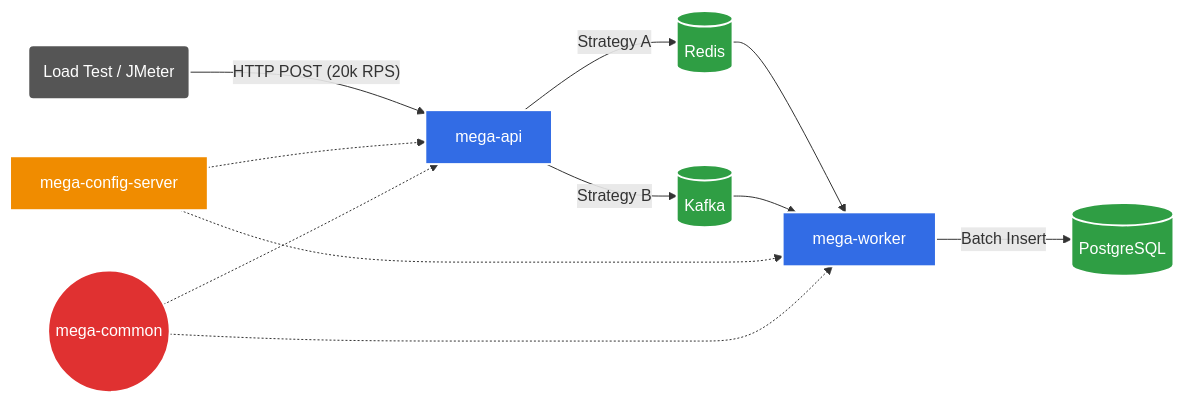
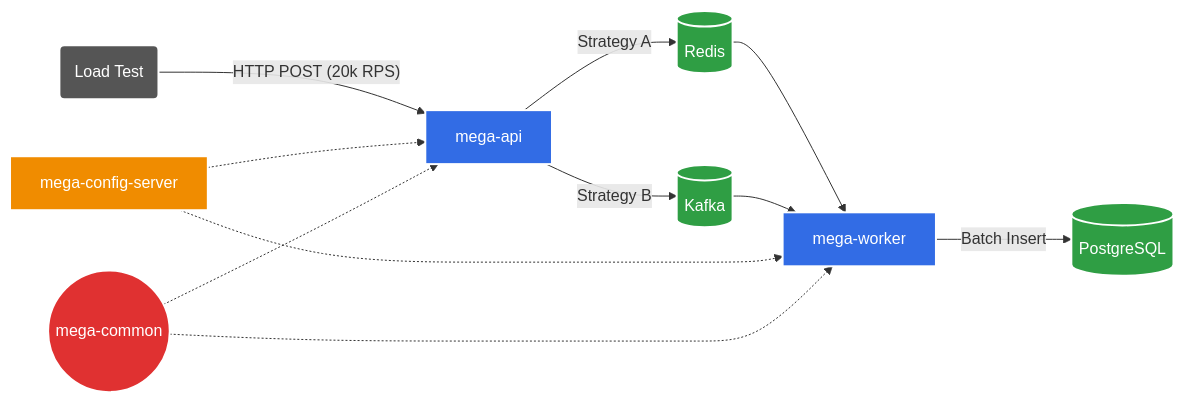
One commit to LeCo851/mega-da-virada-system changed the diagram in README.md. Above: the diagram before and after it, drawn with Mermaid.

Commit message:
feat: ajuste no README.md 2

````diff
--- a/README.md
+++ b/README.md
@@ -23,44 +23,44 @@
 ```mermaid
 flowchart LR
     %% Estilos (High Contrast para Dark/Light Mode)
     classDef service fill:#326ce5,stroke:#fff,stroke-width:2px,color:#fff;
     classDef infra fill:#f08c00,stroke:#fff,stroke-width:2px,color:#fff;
     classDef db fill:#2f9e44,stroke:#fff,stroke-width:2px,color:#fff;
     classDef lib fill:#e03131,stroke:#fff,stroke-width:2px,color:#fff;
     classDef client fill:#555,stroke:#fff,stroke-width:2px,color:#fff;
 
     %% Nós Principais
-    Client(Load Test / JMeter):::client
+    Client(Load Test):::client
     API[mega-api]:::service
     Worker[mega-worker]:::service
     
     %% Banco de Dados e Brokers
     Redis[(Redis)]:::db
     Kafka[(Kafka)]:::db
     Postgres[(PostgreSQL)]:::db
 
     %% Infra e Libs (Auxiliares)
     Config[mega-config-server]:::infra
     Common((mega-common)):::lib
 
     %% --- FLUXO PRINCIPAL ---
     Client -- "HTTP POST (20k RPS)" --> API
     
     %% Estratégias
     API -- "Strategy A" --> Redis
     API -- "Strategy B" --> Kafka
     
     %% Consumo
     Redis --> Worker
     Kafka --> Worker
     
     %% Persistência
     Worker -- "Batch Insert" --> Postgres
 
     %% --- DEPENDÊNCIAS (Linhas Pontilhadas) ---
     Config -.-> API
     Config -.-> Worker
     
     Common -.-> API
     Common -.-> Worker
 ```
````
